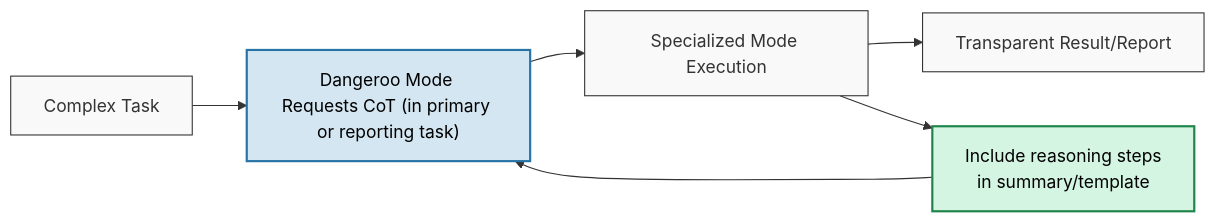
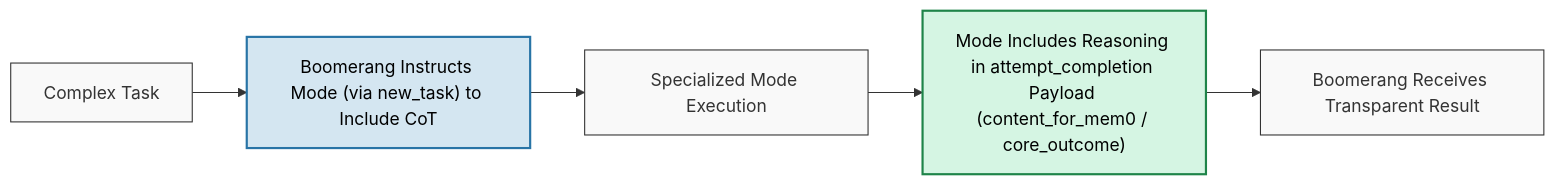
Before and after one commit to darrynv/dangeroo: the ninth of 11 diagrams in README.md, drawn with Mermaid. The commit also changed other lines of this file and 31 other files, not shown here.

````diff
--- a/README.md
+++ b/README.md
@@ -412,16 +461,15 @@
     ```mermaid
     flowchart LR
-        A["Complex Task"] --> B["Dangeroo Mode Requests CoT (in primary or reporting task)"]
+        A["Complex Task"] --> B["Boomerang Instructs Mode (via new_task) to Include CoT"]
         B --> C["Specialized Mode Execution"]
-        C --> D["Transparent Result/Report"]
+        C --> D["Mode Includes Reasoning in attempt_completion Payload (content_for_mem0 / core_outcome)"]
+        D --> E["Boomerang Receives Transparent Result"]
 
-        C --> E["Include reasoning steps\nin summary/template"]
-        E --> B
 
         classDef default fill:#f9f9f9,stroke:#333,stroke-width:1px,color:#333
         classDef focus fill:#d4e6f1,stroke:#2874a6,stroke-width:2px,color:#000
         classDef reasoning fill:#d5f5e3,stroke:#1e8449,stroke-width:2px,color:#000
 
         class B focus
-        class E reasoning
+        class D reasoning
     ```
````
